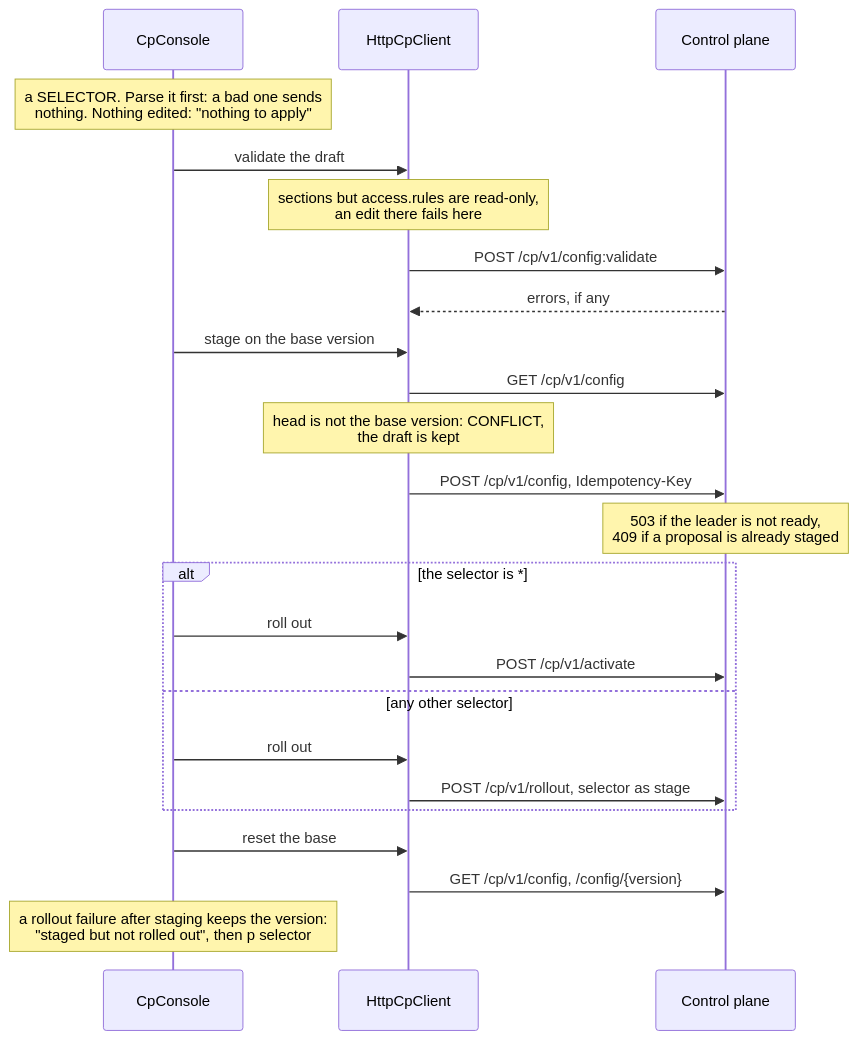
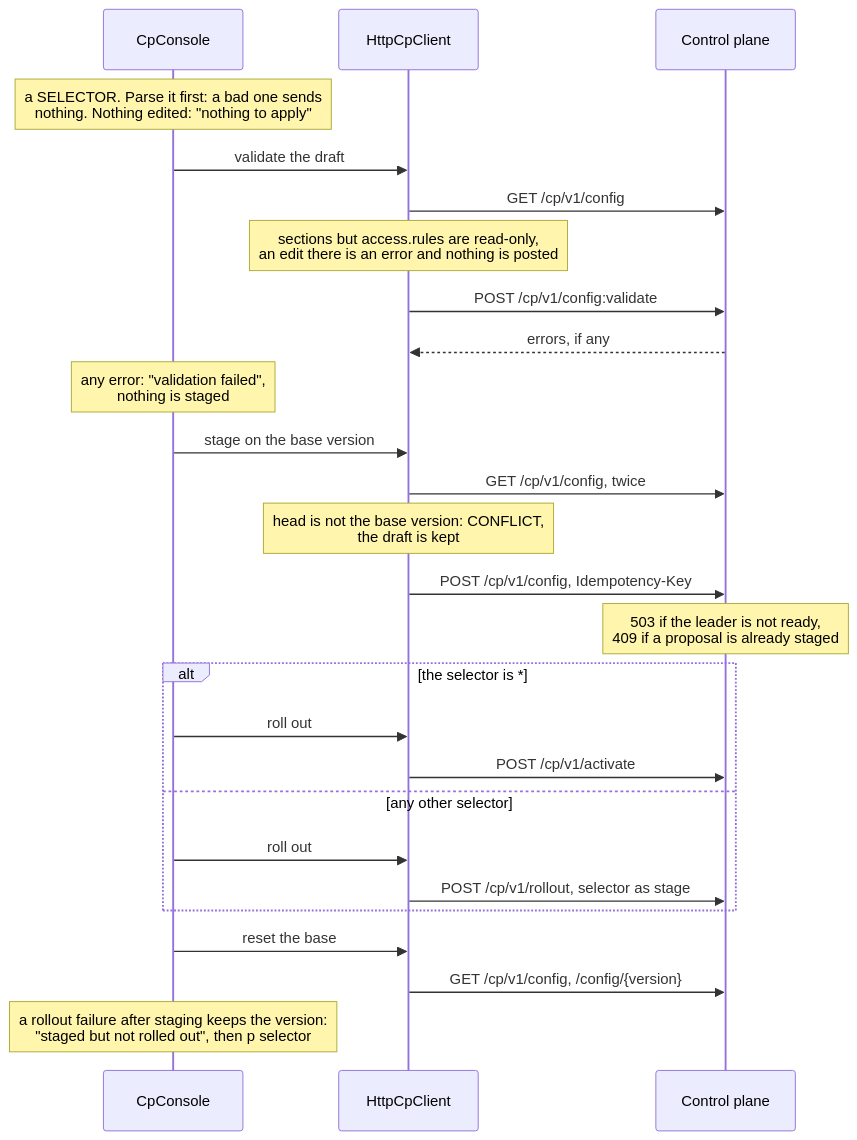
Before and after one commit to BlivionIaG/sjws_nettask: the diagram in docs/operations/cp-console.md, drawn with Mermaid. The commit also changed 19 other files, not shown here.

First line of the commit message:
docs: fix the diagrams the fact-check found imprecise

````diff
--- a/docs/operations/cp-console.md
+++ b/docs/operations/cp-console.md
@@ -52,27 +52,29 @@
 ```mermaid
 sequenceDiagram
     participant C as CpConsole
     participant K as HttpCpClient
     participant S as Control plane
 
     Note over C: a SELECTOR. Parse it first: a bad one sends<br/>nothing. Nothing edited: "nothing to apply"
     C->>K: validate the draft
-    Note over K: sections but access.rules are read-only,<br/>an edit there fails here
+    K->>S: GET /cp/v1/config
+    Note over K: sections but access.rules are read-only,<br/>an edit there is an error and nothing is posted
     K->>S: POST /cp/v1/config:validate
     S-->>K: errors, if any
+    Note over C: any error: "validation failed",<br/>nothing is staged
     C->>K: stage on the base version
-    K->>S: GET /cp/v1/config
+    K->>S: GET /cp/v1/config, twice
     Note over K: head is not the base version: CONFLICT,<br/>the draft is kept
     K->>S: POST /cp/v1/config, Idempotency-Key
     Note over S: 503 if the leader is not ready,<br/>409 if a proposal is already staged
     alt the selector is *
         C->>K: roll out
         K->>S: POST /cp/v1/activate
     else any other selector
         C->>K: roll out
         K->>S: POST /cp/v1/rollout, selector as stage
     end
     C->>K: reset the base
     K->>S: GET /cp/v1/config, /config/{version}
     Note over C: a rollout failure after staging keeps the version:<br/>"staged but not rolled out", then p selector
 ```
````
